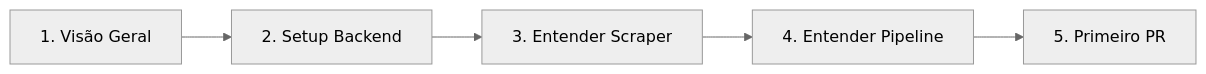
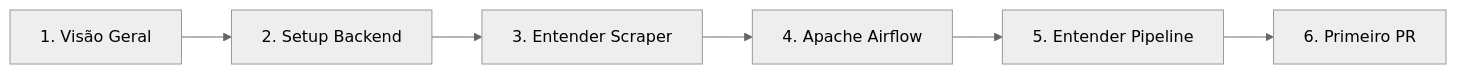
The first of 2 diagrams in docs/onboarding/roteiro-onboarding.md (destaquesgovbr/docs), drawn with Mermaid (neutral theme) before and after one commit. The commit also changed other lines of this file and 2 other files, not shown here.

First line of the commit message:
docs: add comprehensive Apache Airflow tutorial for backend onboarding

````diff
--- a/docs/onboarding/roteiro-onboarding.md
+++ b/docs/onboarding/roteiro-onboarding.md
@@ -36,7 +36,8 @@
 ```mermaid
 flowchart LR
     A[1. Visão Geral] --> B[2. Setup Backend]
     B --> C[3. Entender Scraper]
-    C --> D[4. Entender Pipeline]
-    D --> E[5. Primeiro PR]
+    C --> D[4. Apache Airflow]
+    D --> E[5. Entender Pipeline]
+    E --> F[6. Primeiro PR]
 ```
````
